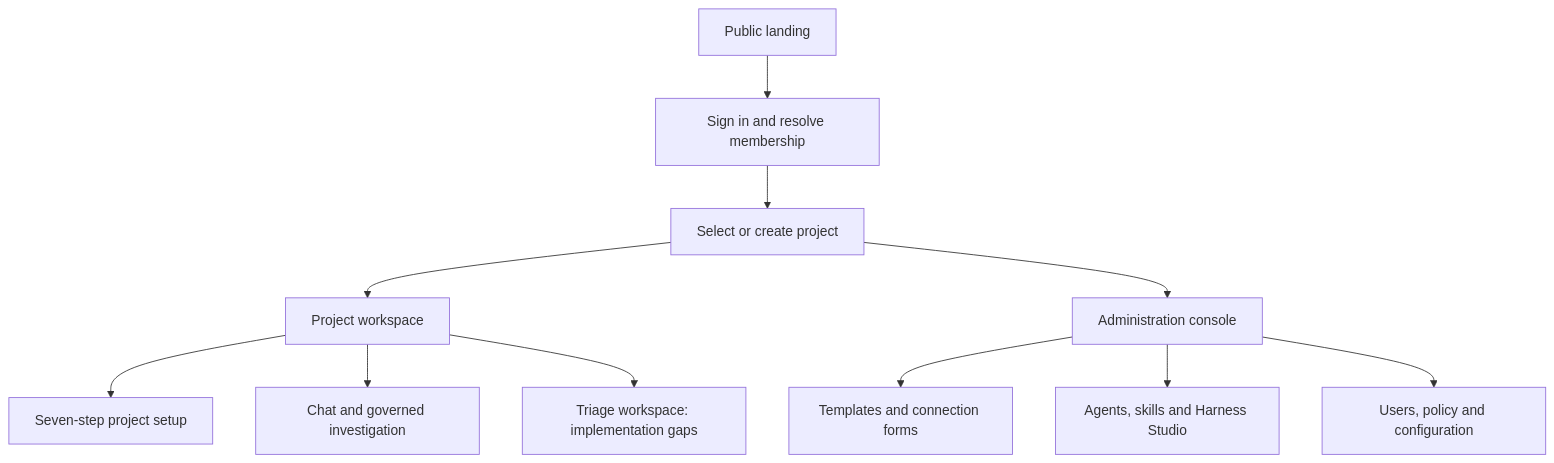
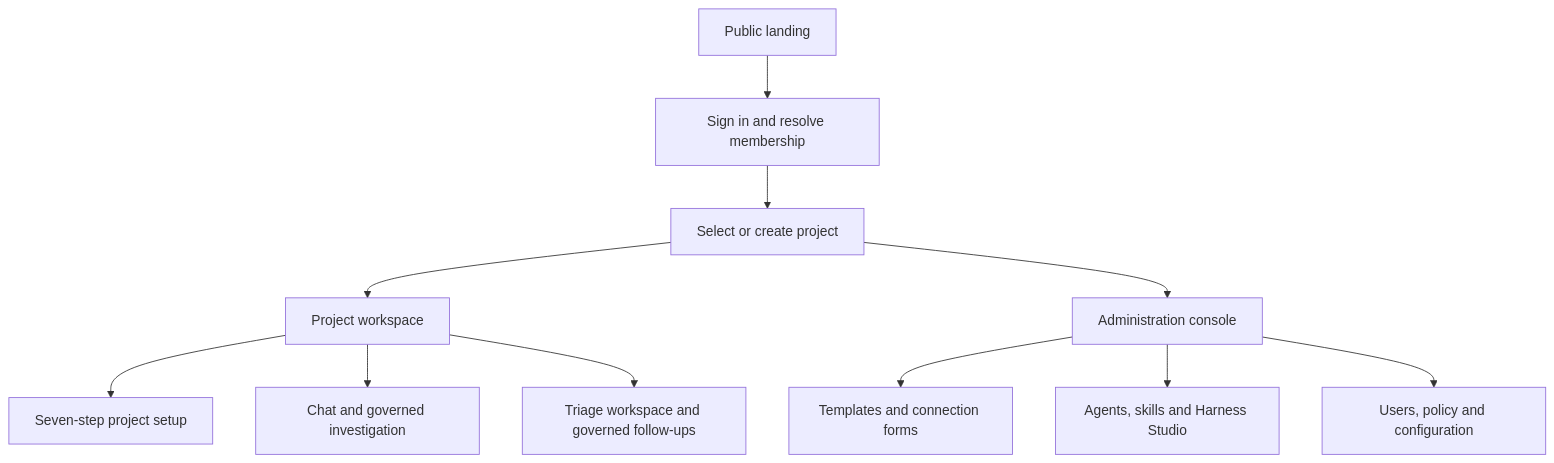
Before and after one commit to BharathKumarAI/RCA-Analyzer: the first of 3 diagrams in docs/project.md, drawn with Mermaid. The commit also changed other lines of this file and 210 other files, not shown here.

````diff
--- a/docs/project.md
+++ b/docs/project.md
@@ -154,24 +164,24 @@
 ```mermaid
 flowchart TD
   L[Public landing] --> A[Sign in and resolve membership]
   A --> P[Select or create project]
   P --> W[Project workspace]
   P --> ADMIN[Administration console]
   W --> SETUP[Seven-step project setup]
   W --> CHAT[Chat and governed investigation]
-  W --> TRIAGE[Triage workspace: implementation gaps]
+  W --> TRIAGE[Triage workspace and governed follow-ups]
   ADMIN --> TOOL[Templates and connection forms]
   ADMIN --> HARNESS[Agents, skills and Harness Studio]
   ADMIN --> POLICY[Users, policy and configuration]
   click L "project.md#administration-and-project-navigation-flow" "Navigation"
   click A "security.md#request-authorization" "Sign-in checks"
   click P "project.md#workflow-a-establish-a-project-workspace" "Project creation"
   click W "project.md#project-page-map" "Project pages"
   click ADMIN "project.md#administration-page-map" "Administration pages"
   click SETUP "project.md#seven-step-project-setup" "Project setup"
   click CHAT "architecture.md#detailed-execution-walkthrough" "Live execution flow"
   click TRIAGE "project.md#triage-workspace-implementation-boundary" "Triage limitations"
   click TOOL "connectors.md#template-and-form-contract" "Connector forms"
   click HARNESS "harness.md#harness-studio-authoring-and-approval" "Harness authoring"
   click POLICY "security.md#roles-and-project-membership" "Access and policy"
 ```
````
